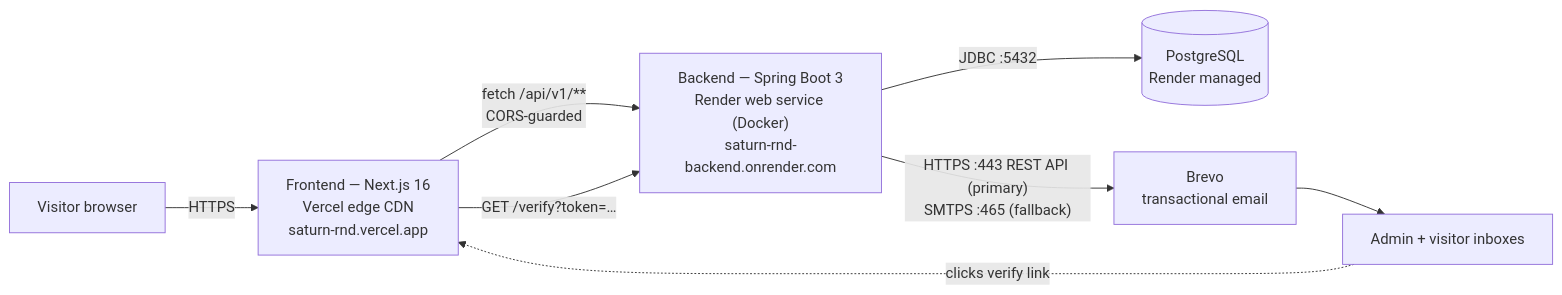
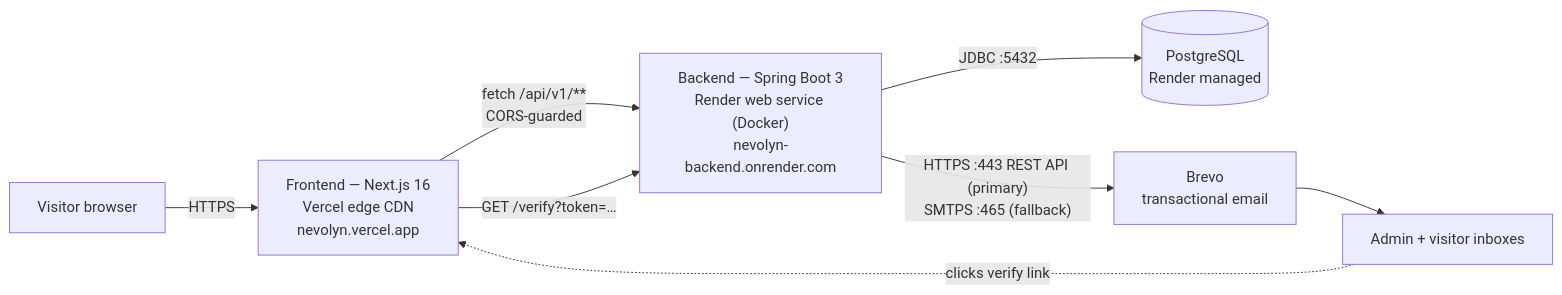
Before and after one commit to NEVOLYN-Technology/nevolyn_official_website: the first of 2 diagrams in docs/CICD_AND_DEPLOYMENT.md, drawn with Mermaid. The commit also changed other lines of this file and 115 other files, not shown here.

````diff
--- a/docs/CICD_AND_DEPLOYMENT.md
+++ b/docs/CICD_AND_DEPLOYMENT.md
@@ -26,17 +26,17 @@
 ```mermaid
 flowchart LR
     V["Visitor browser"]
-    F["Frontend — Next.js 16<br/>Vercel edge CDN<br/>saturn-rnd.vercel.app"]
-    B["Backend — Spring Boot 3<br/>Render web service (Docker)<br/>saturn-rnd-backend.onrender.com"]
+    F["Frontend — Next.js 16<br/>Vercel edge CDN<br/>nevolyn.vercel.app"]
+    B["Backend — Spring Boot 3<br/>Render web service (Docker)<br/>nevolyn-backend.onrender.com"]
     D[("PostgreSQL<br/>Render managed")]
     M["Brevo<br/>transactional email"]
     I["Admin + visitor inboxes"]
 
     V -->|HTTPS| F
     F -->|"fetch /api/v1/**<br/>CORS-guarded"| B
     B -->|JDBC :5432| D
     B -->|"HTTPS :443 REST API (primary)<br/>SMTPS :465 (fallback)"| M
     M --> I
     I -.->|"clicks verify link"| F
     F -->|"GET /verify?token=…"| B
 ```
````
